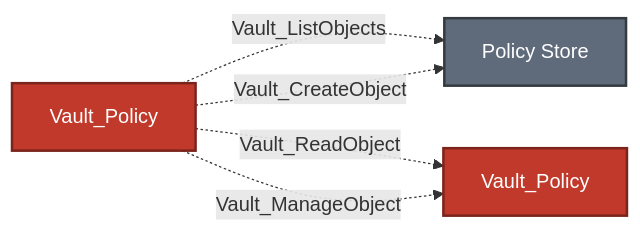
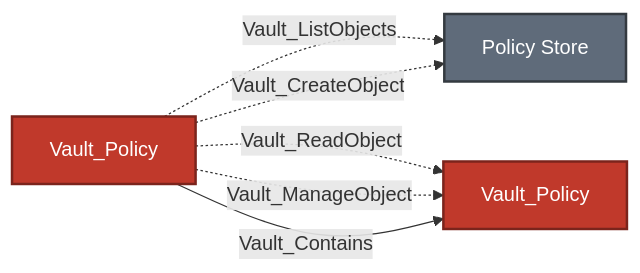
The third of 4 diagrams in Documentation/stores/POLICIES.md (bytewreck/opengraph-vault), drawn with Mermaid before and after one commit. The commit also changed other lines of this file, not shown here.

````diff
--- a/Documentation/stores/POLICIES.md
+++ b/Documentation/stores/POLICIES.md
@@ -111,10 +111,11 @@
 ```mermaid
 flowchart LR
     authority[Vault_Policy]:::policyNode -.->|Vault_ListObjects| store[Policy Store]:::storeNode
     authority -.->|Vault_CreateObject| store
     authority -.->|Vault_ReadObject| policy[Vault_Policy]:::policyNode
     authority -.->|Vault_ManageObject| policy
+    authority -->|Vault_Contains| policy
 
     classDef policyNode fill:#C0392B,color:#fff,stroke:#7B241C,stroke-width:2px
     classDef storeNode fill:#5F6B7A,color:#fff,stroke:#343A40,stroke-width:2px
 ```
````
